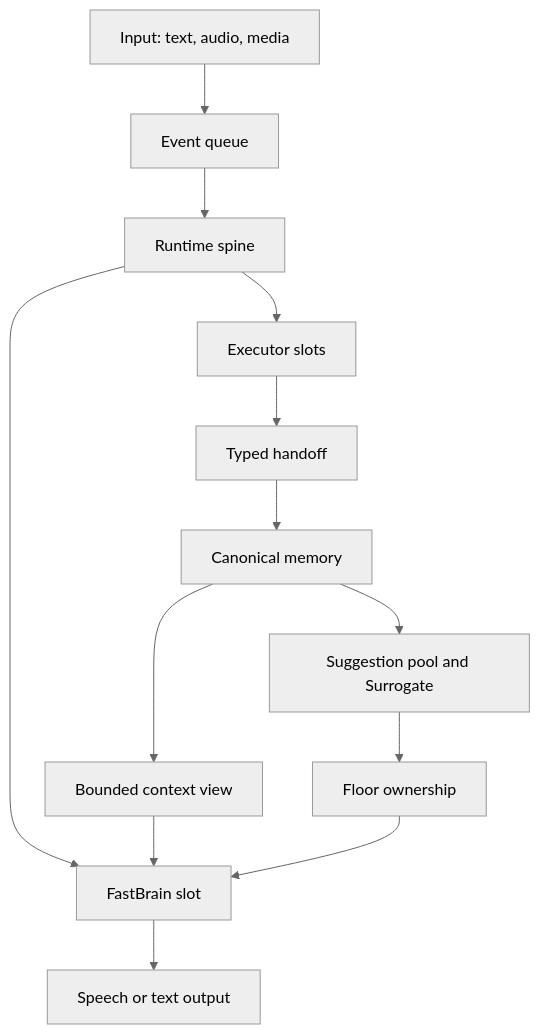
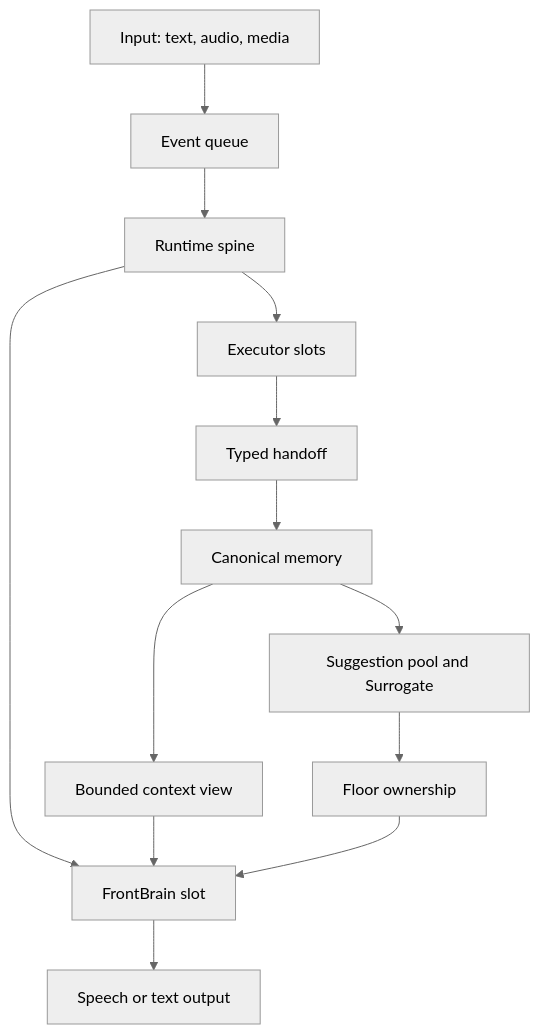
One commit to deepnovacore/NovaAudioAgent changed the diagram in docs/architecture.md. Above: the diagram before and after it, drawn with Mermaid (neutral theme). The commit also changed other lines of this file and 14 other files, not shown here.

Commit message:
docs: sync public thin frontend architecture

````diff
--- a/docs/architecture.md
+++ b/docs/architecture.md
@@ -7,15 +12,15 @@
 ```mermaid
 flowchart TB
   I["Input: text, audio, media"] --> Q["Event queue"]
   Q --> RT["Runtime spine"]
-  RT --> FB["FastBrain slot"]
+  RT --> FB["FrontBrain slot"]
   RT --> EX["Executor slots"]
   EX --> H["Typed handoff"]
   H --> MEM["Canonical memory"]
   MEM --> VIEW["Bounded context view"]
   VIEW --> FB
   MEM --> SG["Suggestion pool and Surrogate"]
   SG --> FLOOR["Floor ownership"]
   FLOOR --> FB
   FB --> OUT["Speech or text output"]
 ```
````
